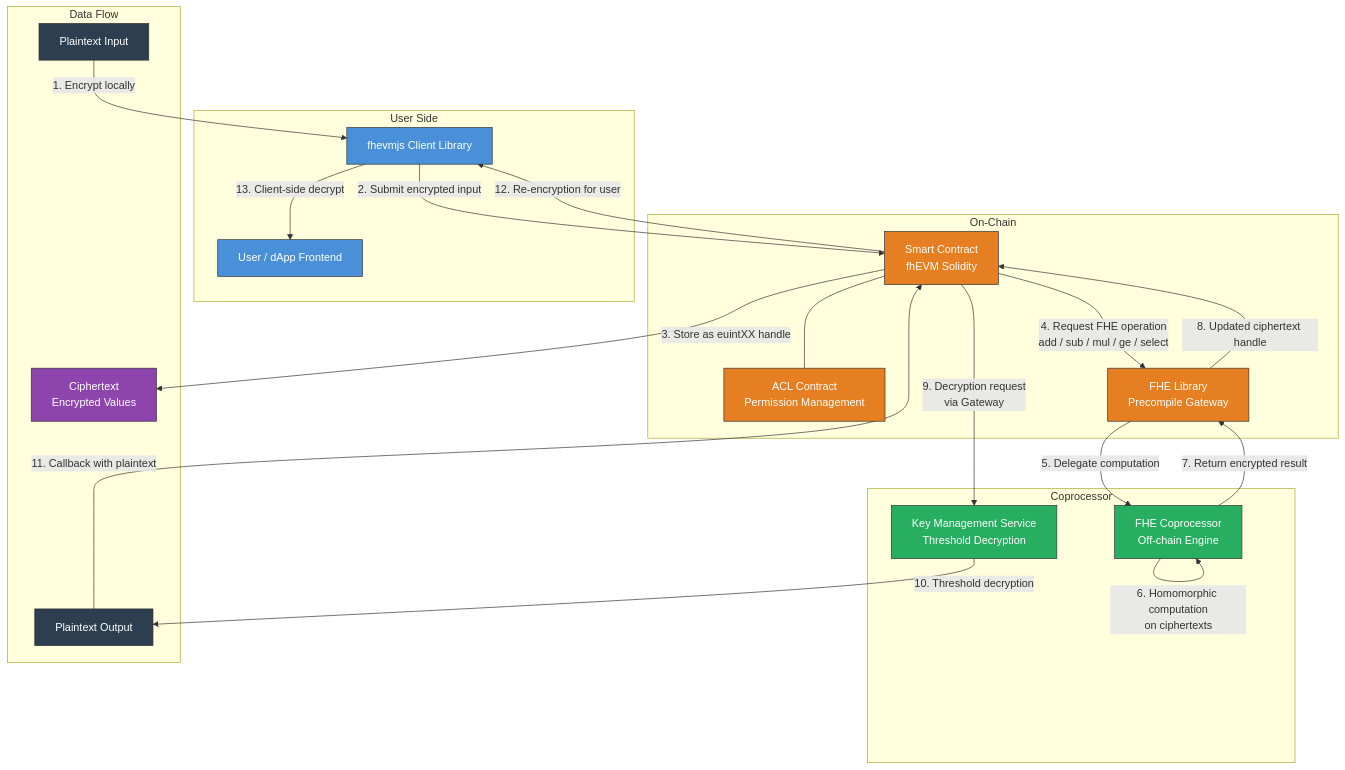
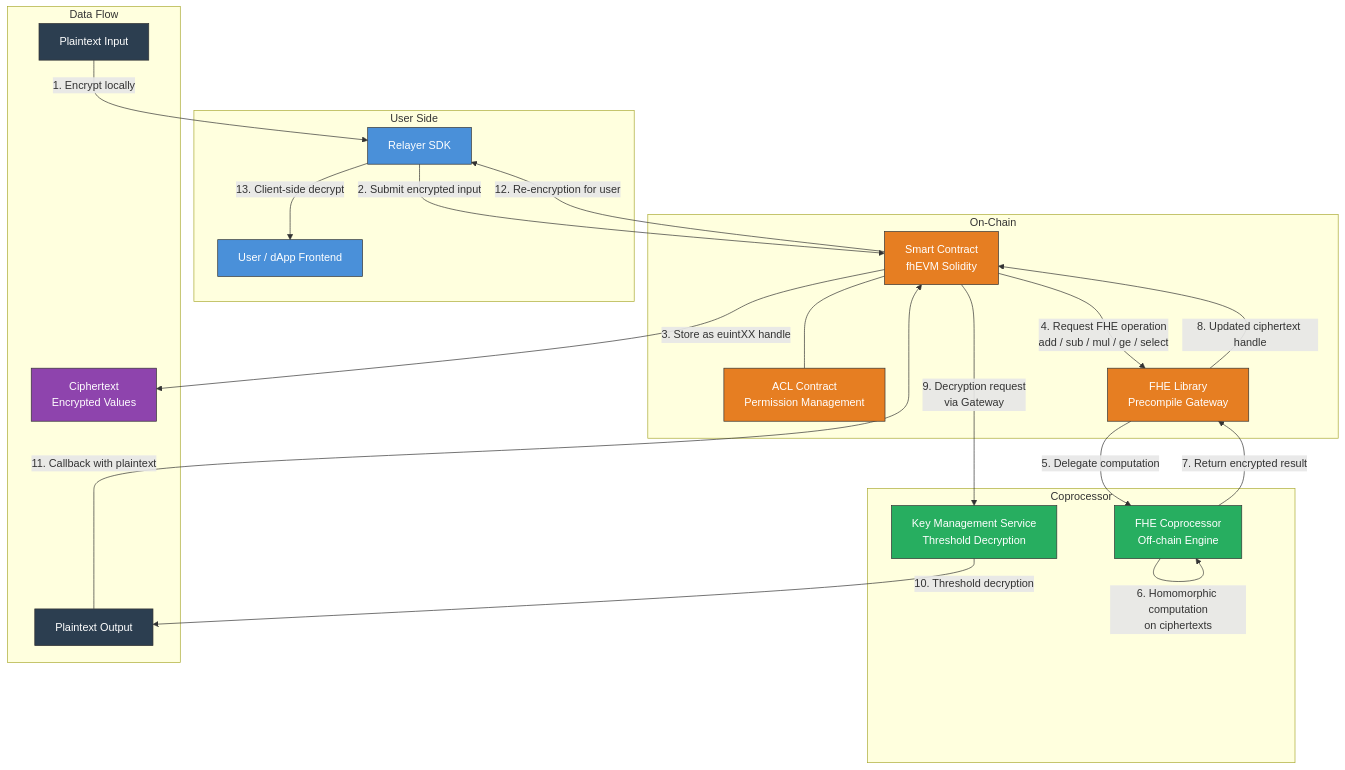
Before and after one commit to Himess/fhevm-bootcamp: the diagram in diagrams/fhe-overview.md, drawn with Mermaid. The commit also changed 79 other files, not shown here.

First line of the commit message:
docs audit: 100% Zama v0.10 compatibility + Relayer SDK migration

````diff
--- a/diagrams/fhe-overview.md
+++ b/diagrams/fhe-overview.md
@@ -5,51 +5,51 @@
 ```mermaid
 graph TD
     subgraph User Side
         U1[User / dApp Frontend]
-        U2[fhevmjs Client Library]
+        U2[Relayer SDK]
     end
 
     subgraph On-Chain
         SC[Smart Contract<br/>fhEVM Solidity]
         ACL[ACL Contract<br/>Permission Management]
         FHELib[FHE Library<br/>Precompile Gateway]
     end
 
     subgraph Coprocessor
         CP[FHE Coprocessor<br/>Off-chain Engine]
         KMS[Key Management Service<br/>Threshold Decryption]
     end
 
     subgraph Data Flow
         CT[Ciphertext<br/>Encrypted Values]
         PT_IN[Plaintext Input]
         PT_OUT[Plaintext Output]
     end
 
     PT_IN -->|1. Encrypt locally| U2
     U2 -->|2. Submit encrypted input| SC
     SC -->|3. Store as euintXX handle| CT
     SC -->|4. Request FHE operation<br/>add / sub / mul / ge / select| FHELib
     FHELib -->|5. Delegate computation| CP
     CP -->|6. Homomorphic computation<br/>on ciphertexts| CP
     CP -->|7. Return encrypted result| FHELib
     FHELib -->|8. Updated ciphertext handle| SC
     SC -->|9. Decryption request<br/>via Gateway| KMS
     KMS -->|10. Threshold decryption| PT_OUT
     PT_OUT -->|11. Callback with plaintext| SC
     SC -->|12. Re-encryption for user| U2
     U2 -->|13. Client-side decrypt| U1
 
     SC --- ACL
 
     style U1 fill:#4a90d9,stroke:#333,color:#fff
     style U2 fill:#4a90d9,stroke:#333,color:#fff
     style SC fill:#e67e22,stroke:#333,color:#fff
     style ACL fill:#e67e22,stroke:#333,color:#fff
     style FHELib fill:#e67e22,stroke:#333,color:#fff
     style CP fill:#27ae60,stroke:#333,color:#fff
     style KMS fill:#27ae60,stroke:#333,color:#fff
     style CT fill:#8e44ad,stroke:#333,color:#fff
     style PT_IN fill:#2c3e50,stroke:#333,color:#fff
     style PT_OUT fill:#2c3e50,stroke:#333,color:#fff
 ```
````
